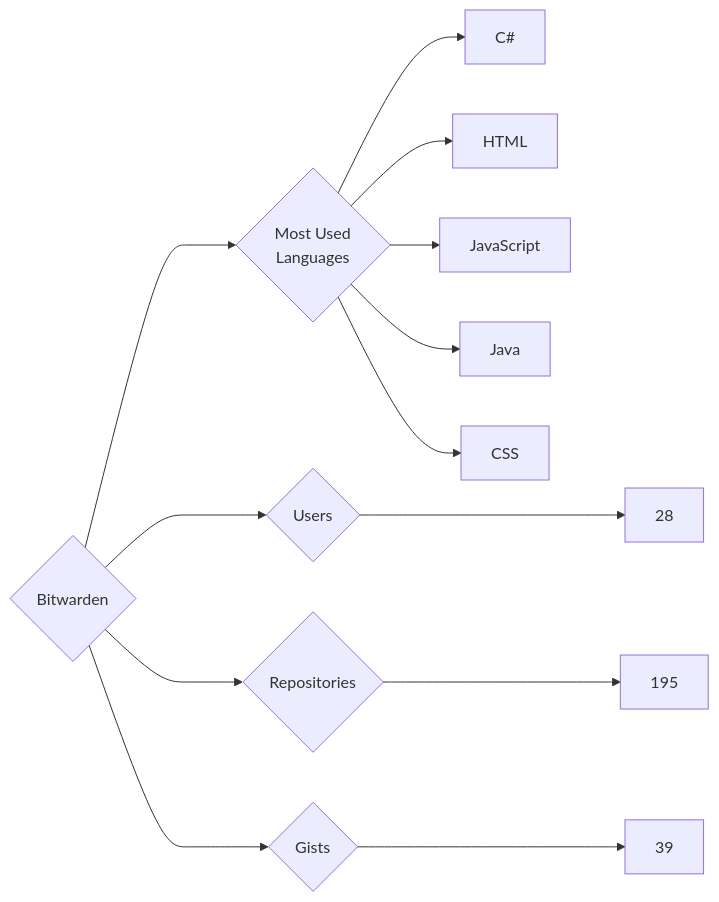
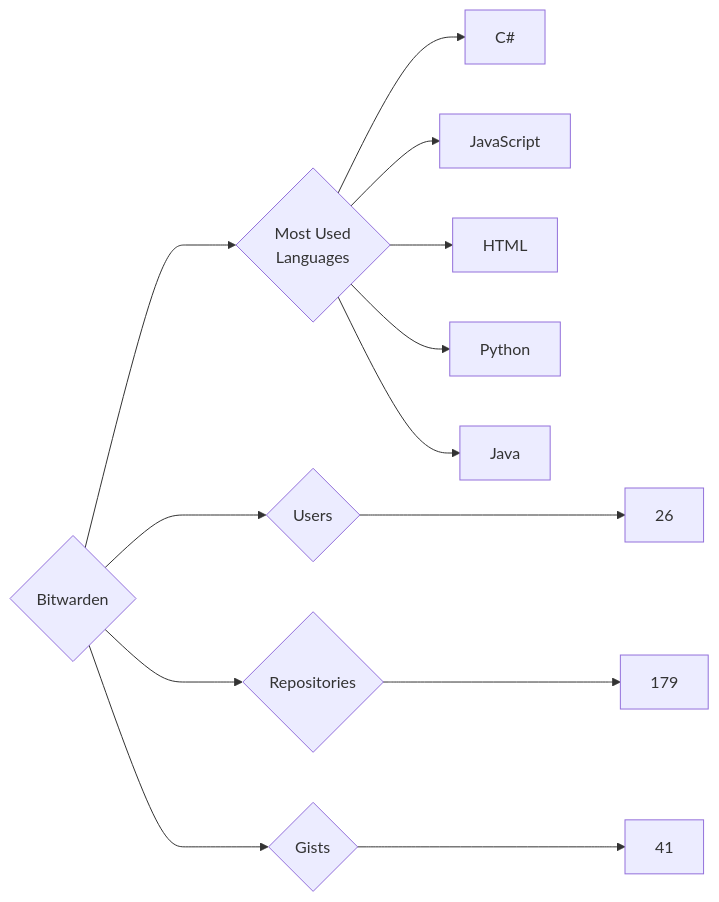
The diagram in targets/Bitwarden/README.md (trickest/insiders), drawn with Mermaid before and after one commit. The commit also changed 934 other files, not shown here.

````diff
--- a/targets/Bitwarden/README.md
+++ b/targets/Bitwarden/README.md
@@ -3,13 +3,13 @@
 ```mermaid
 graph LR
 COMPANY_NAME{Bitwarden}
-COMPANY_NAME ---> U{Users} ---> UN[28]
-COMPANY_NAME ---> R{Repositories} ---> RN[195]
-COMPANY_NAME ---> G{Gists} ---> GN[39]
+COMPANY_NAME ---> U{Users} ---> UN[26]
+COMPANY_NAME ---> R{Repositories} ---> RN[179]
+COMPANY_NAME ---> G{Gists} ---> GN[41]
 COMPANY_NAME ---> ML{Most Used<br>Languages}
 ML --> C#[C#]
+ML --> JavaScript[JavaScript]
 ML --> HTML[HTML]
-ML --> JavaScript[JavaScript]
+ML --> Python[Python]
 ML --> Java[Java]
-ML --> CSS[CSS]
 ```
````
